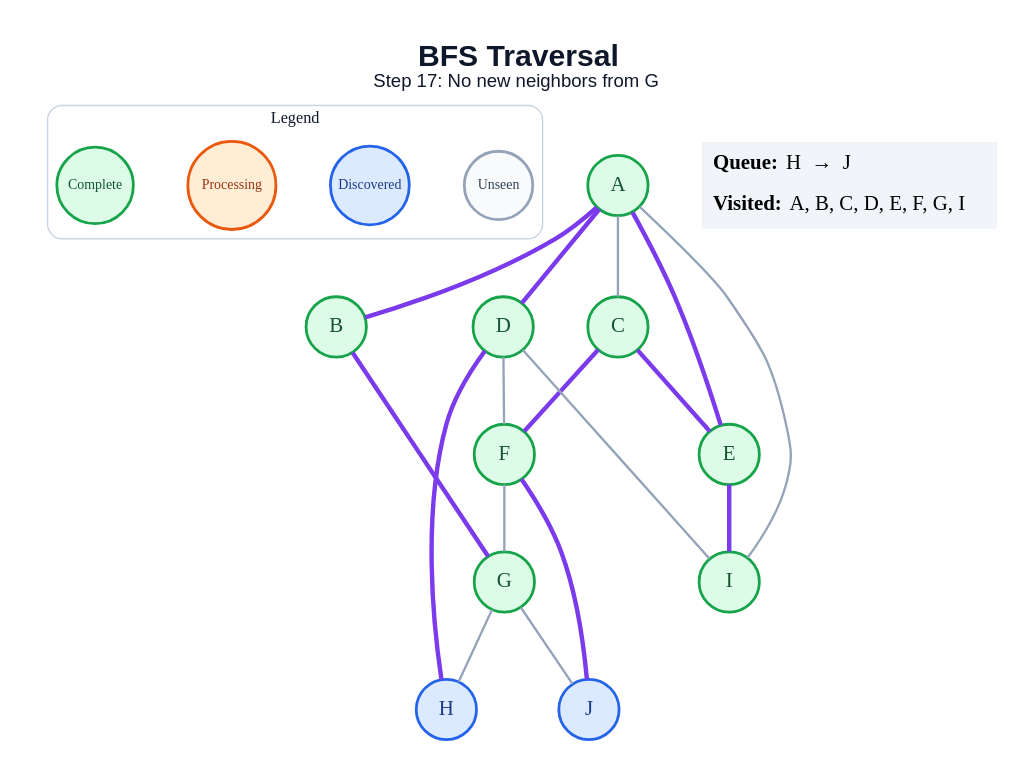
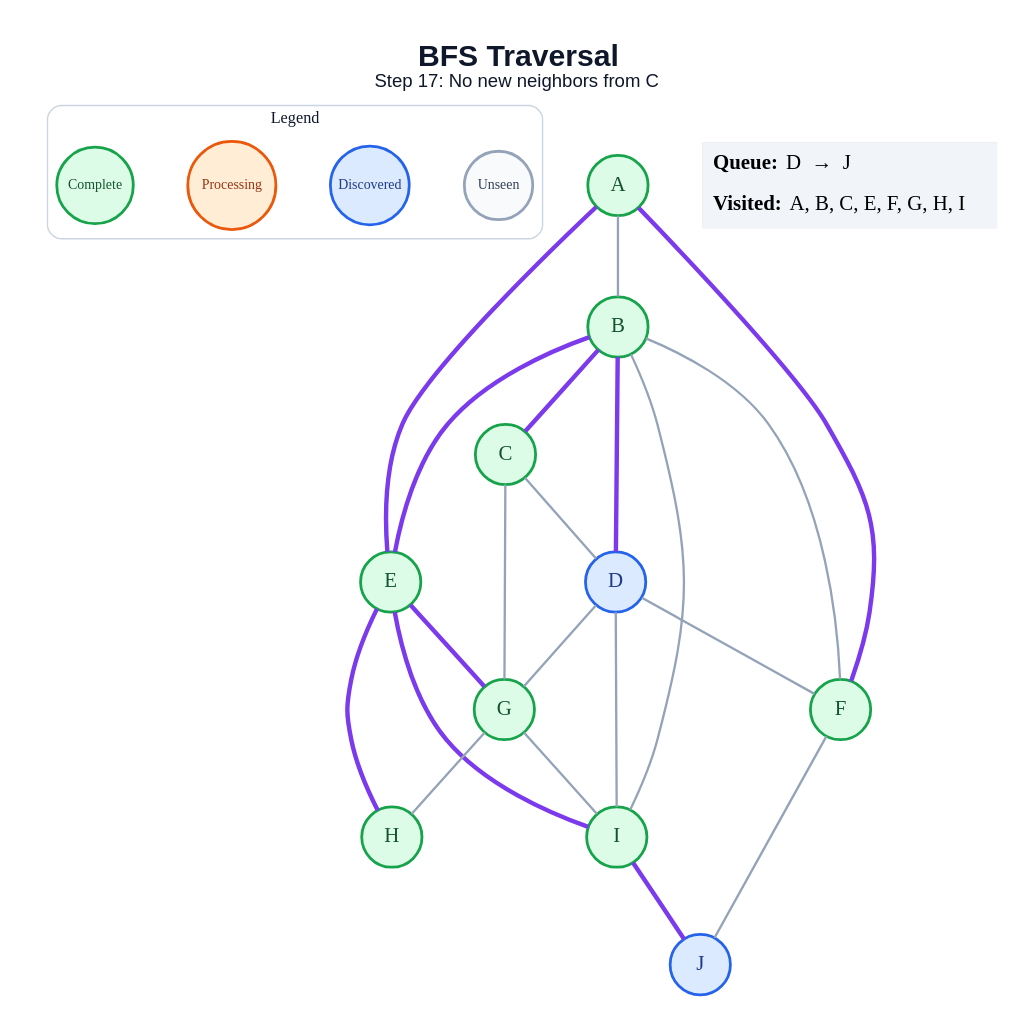
The diagram in generated/specific-node/bfs/step_17.dot (amanghodawala9/ai-slop), drawn with Graphviz before and after one commit. The commit also changed 178 other files, not shown here.

```diff
--- a/generated/specific-node/bfs/step_17.dot
+++ b/generated/specific-node/bfs/step_17.dot
@@ -1,45 +1,49 @@
 graph traversal {
   graph [layout=dot, rankdir=TB, bgcolor="#FFFFFF", pad="0.35", nodesep="0.65", ranksep="0.8", fontname="Arial"];
   node [shape=circle, style="filled", fontname="Arial Bold", fontsize=18, width=0.72, fixedsize=true, penwidth=2.4];
   edge [color="#94A3B8", penwidth=2.0];
-  label=<<B>BFS Traversal</B><BR/><FONT POINT-SIZE="16">Step 17: No new neighbors from G</FONT>>; labelloc="t"; fontsize=26; fontname="Arial"; fontcolor="#0F172A";
+  label=<<B>BFS Traversal</B><BR/><FONT POINT-SIZE="16">Step 17: No new neighbors from C</FONT>>; labelloc="t"; fontsize=26; fontname="Arial"; fontcolor="#0F172A";
   subgraph cluster_legend { label="Legend"; color="#CBD5E1"; penwidth=1.2; style="rounded"; fontsize=14; fontname="Arial Bold";
     key_unseen [label="Unseen", fillcolor="#F8FAFC", color="#94A3B8", fontcolor="#334155", fontsize=12, width=0.82];
     key_frontier [label="Discovered", fillcolor="#DBEAFE", color="#2563EB", fontcolor="#1E3A8A", fontsize=12, width=0.95];
     key_current [label="Processing", fillcolor="#FFEDD5", color="#EA580C", fontcolor="#9A3412", fontsize=12, width=1.05];
     key_done [label="Complete", fillcolor="#DCFCE7", color="#16A34A", fontcolor="#14532D", fontsize=12, width=0.92];
     { rank=same; key_unseen; key_frontier; key_current; key_done; }
   }
   A [fillcolor="#DCFCE7", color="#16A34A", fontcolor="#14532D"];
   B [fillcolor="#DCFCE7", color="#16A34A", fontcolor="#14532D"];
   C [fillcolor="#DCFCE7", color="#16A34A", fontcolor="#14532D"];
-  D [fillcolor="#DCFCE7", color="#16A34A", fontcolor="#14532D"];
+  D [fillcolor="#DBEAFE", color="#2563EB", fontcolor="#1E3A8A"];
   E [fillcolor="#DCFCE7", color="#16A34A", fontcolor="#14532D"];
   F [fillcolor="#DCFCE7", color="#16A34A", fontcolor="#14532D"];
   G [fillcolor="#DCFCE7", color="#16A34A", fontcolor="#14532D"];
-  H [fillcolor="#DBEAFE", color="#2563EB", fontcolor="#1E3A8A"];
+  H [fillcolor="#DCFCE7", color="#16A34A", fontcolor="#14532D"];
   I [fillcolor="#DCFCE7", color="#16A34A", fontcolor="#14532D"];
   J [fillcolor="#DBEAFE", color="#2563EB", fontcolor="#1E3A8A"];
-  A -- B [color="#7C3AED", penwidth=3.8];
-  A -- C;
-  A -- D [color="#7C3AED", penwidth=3.8];
+  A -- B;
   A -- E [color="#7C3AED", penwidth=3.8];
-  A -- I;
-  B -- G [color="#7C3AED", penwidth=3.8];
-  C -- E [color="#7C3AED", penwidth=3.8];
-  C -- F [color="#7C3AED", penwidth=3.8];
+  A -- F [color="#7C3AED", penwidth=3.8];
+  B -- C [color="#7C3AED", penwidth=3.8];
+  B -- D [color="#7C3AED", penwidth=3.8];
+  B -- E [color="#7C3AED", penwidth=3.8];
+  B -- F;
+  B -- I;
+  C -- D;
+  C -- G;
   D -- F;
-  D -- H [color="#7C3AED", penwidth=3.8];
+  D -- G;
   D -- I;
+  E -- G [color="#7C3AED", penwidth=3.8];
+  E -- H [color="#7C3AED", penwidth=3.8];
   E -- I [color="#7C3AED", penwidth=3.8];
-  F -- G;
-  F -- J [color="#7C3AED", penwidth=3.8];
+  F -- J;
   G -- H;
-  G -- J;
+  G -- I;
+  I -- J [color="#7C3AED", penwidth=3.8];
   status [shape=plain, fixedsize=false, width=0, height=0, margin=0, label=<
     <TABLE BORDER="0" CELLBORDER="0" CELLPADDING="7" BGCOLOR="#F1F5F9">
-      <TR><TD ALIGN="LEFT"><B>Queue:</B> H  →  J</TD></TR>
-      <TR><TD ALIGN="LEFT"><B>Visited:</B> A, B, C, D, E, F, G, I</TD></TR>
+      <TR><TD ALIGN="LEFT"><B>Queue:</B> D  →  J</TD></TR>
+      <TR><TD ALIGN="LEFT"><B>Visited:</B> A, B, C, E, F, G, H, I</TD></TR>
     </TABLE>
   >];
 }
```
